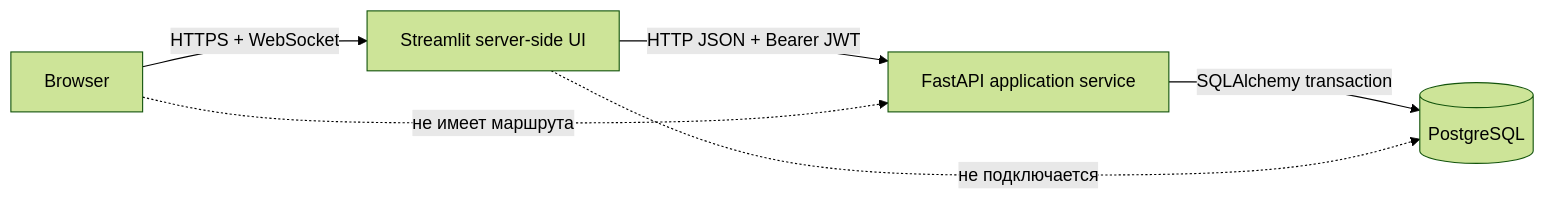
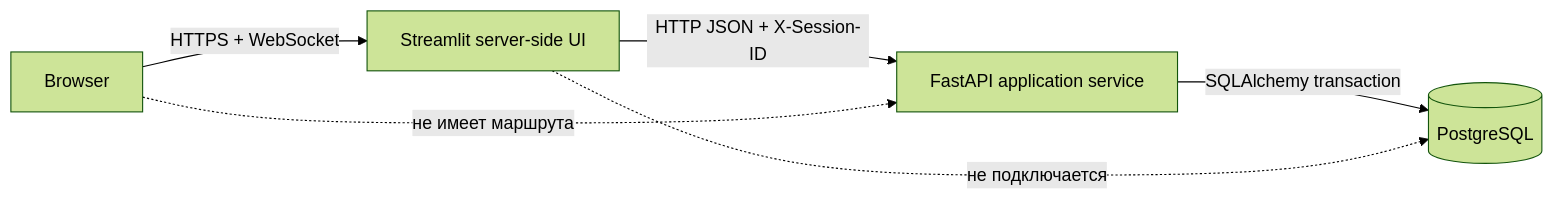
Before and after one commit to BigZet/AMLautosim: the second of 9 diagrams in docs/architecture.md, drawn with Mermaid (forest theme). The commit also changed other lines of this file and 179 other files, not shown here.

````diff
--- a/docs/architecture.md
+++ b/docs/architecture.md
@@ -72,9 +72,9 @@
 ```mermaid
 flowchart LR
     browser["Browser"] -->|"HTTPS + WebSocket"| ui["Streamlit server-side UI"]
-    ui -->|"HTTP JSON + Bearer JWT"| api["FastAPI application service"]
+    ui -->|"HTTP JSON + X-Session-ID"| api["FastAPI application service"]
     api -->|"SQLAlchemy transaction"| db[("PostgreSQL")]
 
     browser -.->|"не имеет маршрута"| api
     ui -.->|"не подключается"| db
 ```
````
